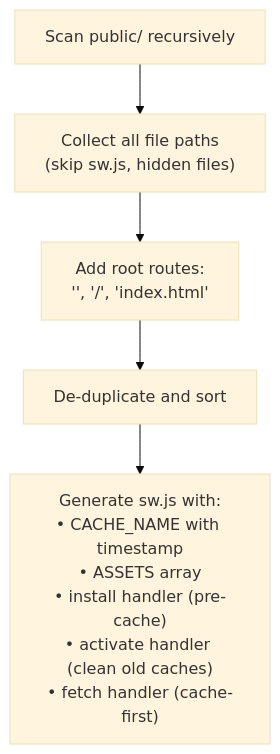
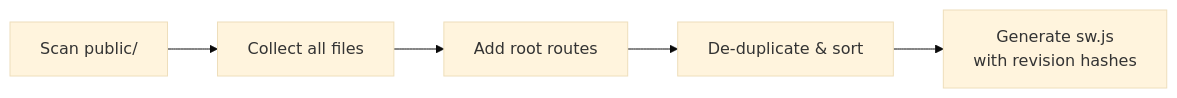
One commit to Kavyargb/Neuron-IQ changed the fifth of 13 diagrams in README.md. Above: the diagram before and after it, drawn with Mermaid (base theme). The commit also changed other lines of this file, not shown here.

Commit message:
docs: overhaul README with enhanced formatting, project badges, and detailed architecture documentation

````diff
--- a/README.md
+++ b/README.md
@@ -332,7 +354,7 @@
 ```mermaid
-flowchart TD
-    A["Scan public/ recursively"] --> B["Collect all file paths<br>(skip sw.js, hidden files)"]
-    B --> C["Add root routes:<br>'', '/', 'index.html'"]
-    C --> D["De-duplicate and sort"]
-    D --> E["Generate sw.js with:<br>• CACHE_NAME with timestamp<br>• ASSETS array<br>• install handler (pre-cache)<br>• activate handler (clean old caches)<br>• fetch handler (cache-first)"]
+flowchart LR
+    A["Scan public/"] --> B["Collect all files"]
+    B --> C["Add root routes"]
+    C --> D["De-duplicate & sort"]
+    D --> E["Generate sw.js<br/>with revision hashes"]
 ```
````
